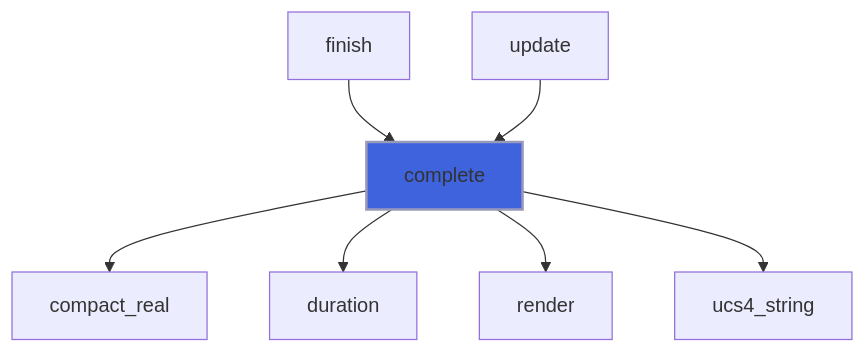
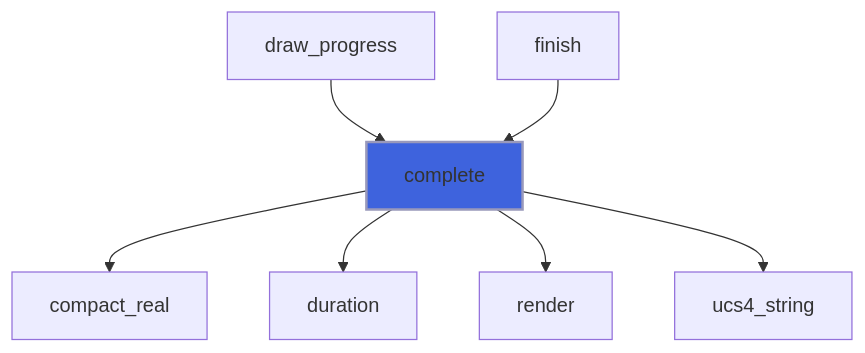
Diagram 17 of 35 in docs/api/src/lib/forbear_bar_object.md (szaghi/forbear), drawn with Mermaid before and after one commit. The commit also changed other lines of this file and 26 other files, not shown here.

````diff
--- a/docs/api/src/lib/forbear_bar_object.md
+++ b/docs/api/src/lib/forbear_bar_object.md
@@ -613,10 +677,10 @@
 ```mermaid
 flowchart TD
+  draw_progress["draw_progress"] --> complete["complete"]
   finish["finish"] --> complete["complete"]
-  update["update"] --> complete["complete"]
   complete["complete"] --> compact_real["compact_real"]
   complete["complete"] --> duration["duration"]
   complete["complete"] --> render["render"]
   complete["complete"] --> ucs4_string["ucs4_string"]
   style complete fill:#3e63dd,stroke:#99b,stroke-width:2px
 ```
````
